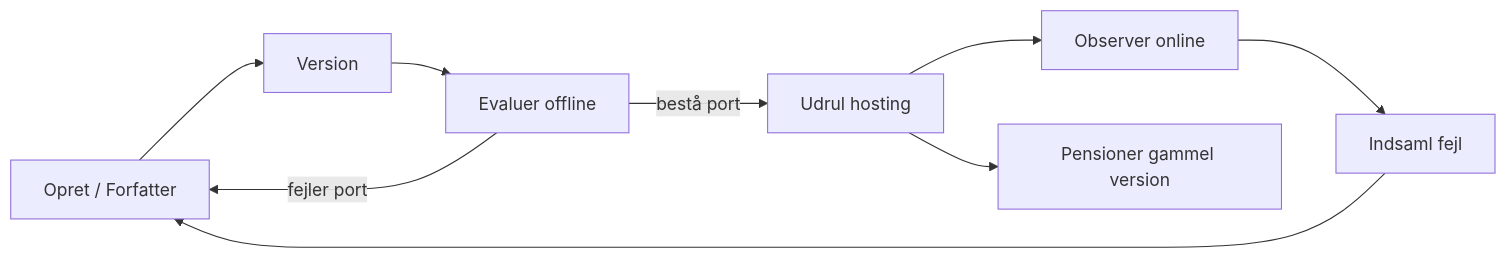
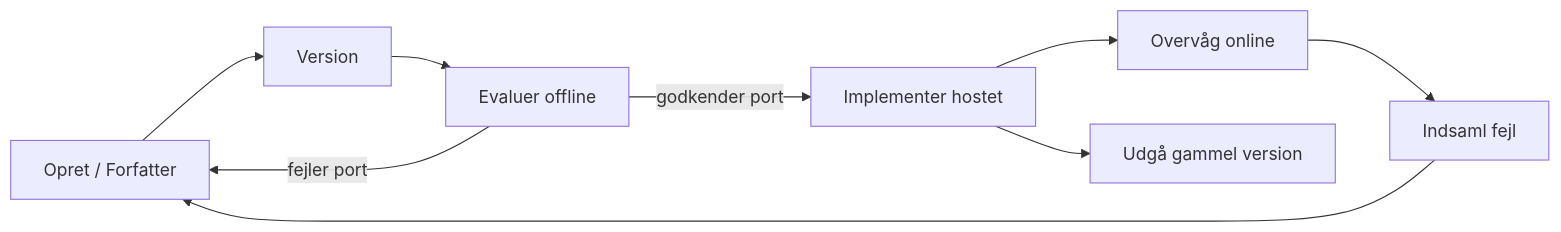
One commit to gabrielmoreira/agent-skills-mirror changed the second of 4 diagrams in mirrors/repos/microsoft@ai-agents-for-beginners/translations/da/16-deploying-scalable-agents/README.md. Above: the diagram before and after it, drawn with Mermaid. The commit also changed other lines of this file and 4262 other files, not shown here.

````diff
--- a/mirrors/repos/microsoft@ai-agents-for-beginners/translations/da/16-deploying-scalable-agents/README.md
+++ b/mirrors/repos/microsoft@ai-agents-for-beginners/translations/da/16-deploying-scalable-agents/README.md
@@ -108,11 +108,11 @@
 ```mermaid
 flowchart LR
     Create[Opret / Forfatter] --> Version[Version]
     Version --> Evaluate[Evaluer offline]
-    Evaluate -->|bestå port| Deploy[Udrul hosting]
+    Evaluate -->|godkender port| Deploy[Implementer hostet]
     Evaluate -->|fejler port| Create
-    Deploy --> Observe[Observer online]
+    Deploy --> Observe[Overvåg online]
     Observe --> Improve[Indsaml fejl]
     Improve --> Create
-    Deploy --> Retire[Pensioner gammel version]
+    Deploy --> Retire[Udgå gammel version]
 ```
````
